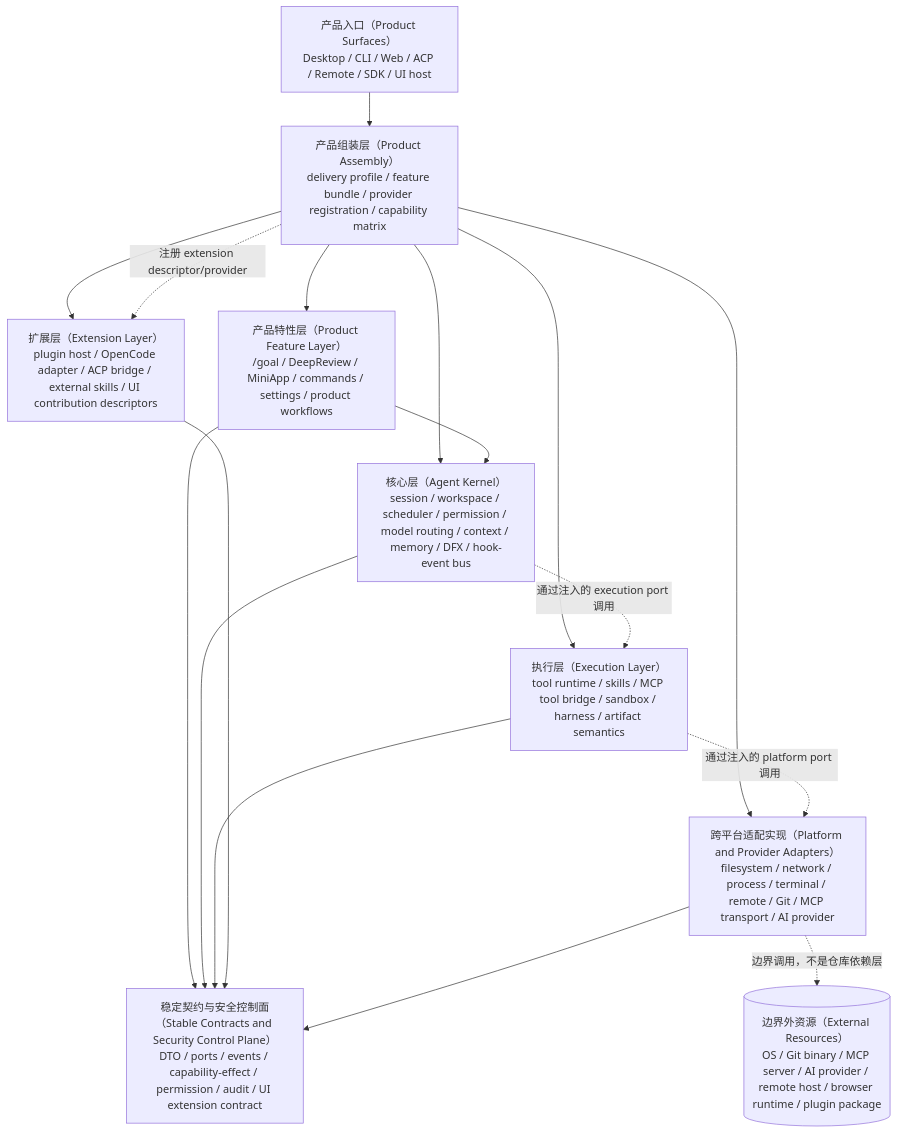
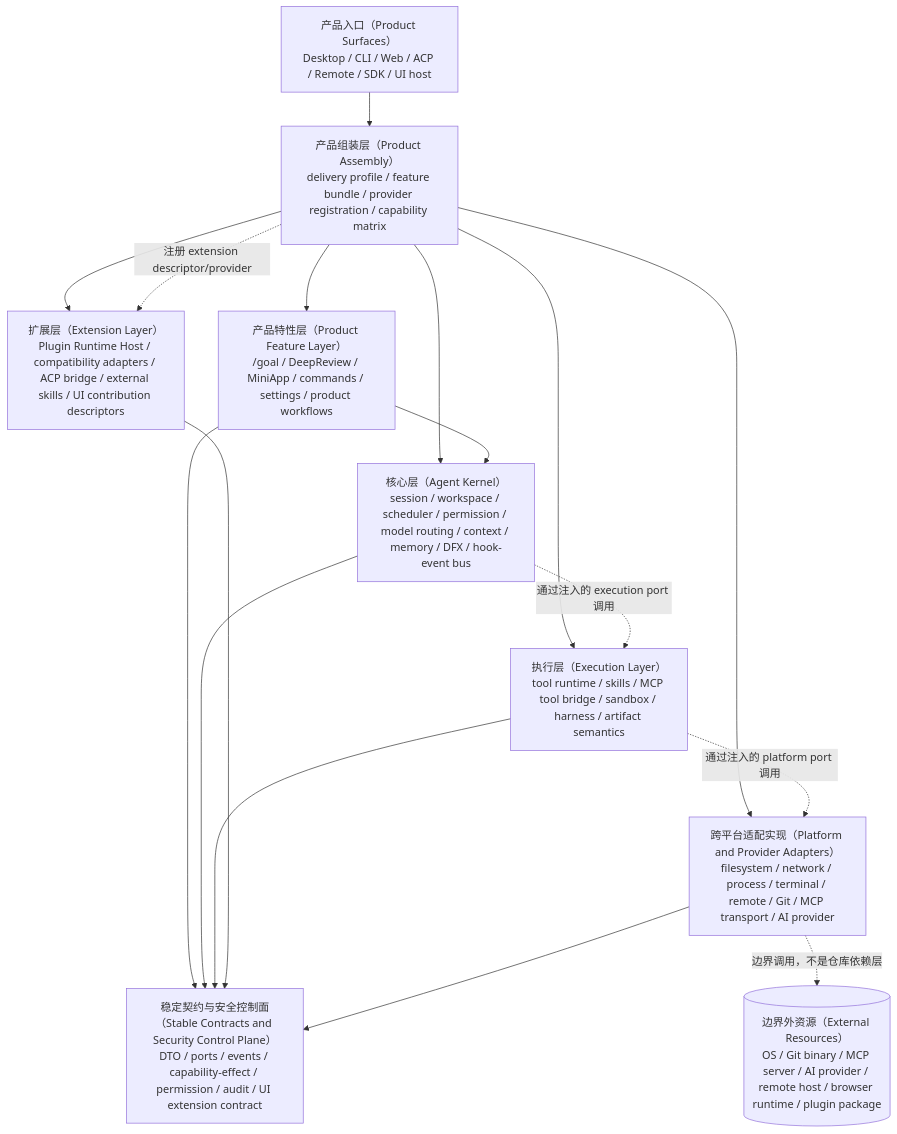
The second of 2 diagrams in docs/architecture/core-decomposition.md (1688mengdie/BitFun), drawn with Mermaid before and after one commit. The commit also changed other lines of this file and 12 other files, not shown here.

Commit message:
docs: align OpenCode extension architecture

````diff
--- a/docs/architecture/core-decomposition.md
+++ b/docs/architecture/core-decomposition.md
@@ -174,29 +191,29 @@
 ```mermaid
 flowchart TB
   Surface["产品入口（Product Surfaces）<br/>Desktop / CLI / Web / ACP / Remote / SDK / UI host"]
   Assembly["产品组装层（Product Assembly）<br/>delivery profile / feature bundle / provider registration / capability matrix"]
   Feature["产品特性层（Product Feature Layer）<br/>/goal / DeepReview / MiniApp / commands / settings / product workflows"]
   Kernel["核心层（Agent Kernel）<br/>session / workspace / scheduler / permission / model routing / context / memory / DFX / hook-event bus"]
   Execution["执行层（Execution Layer）<br/>tool runtime / skills / MCP tool bridge / sandbox / harness / artifact semantics"]
-  Extension["扩展层（Extension Layer）<br/>plugin host / OpenCode adapter / ACP bridge / external skills / UI contribution descriptors"]
+  Extension["扩展层（Extension Layer）<br/>Plugin Runtime Host / compatibility adapters / ACP bridge / external skills / UI contribution descriptors"]
   Platform["跨平台适配实现（Platform and Provider Adapters）<br/>filesystem / network / process / terminal / remote / Git / MCP transport / AI provider"]
   Contracts["稳定契约与安全控制面（Stable Contracts and Security Control Plane）<br/>DTO / ports / events / capability-effect / permission / audit / UI extension contract"]
   External[("边界外资源（External Resources）<br/>OS / Git binary / MCP server / AI provider / remote host / browser runtime / plugin package")]
 
   Surface --> Assembly
   Assembly --> Feature
   Assembly --> Kernel
   Assembly --> Execution
   Assembly --> Extension
   Assembly --> Platform
   Feature --> Kernel
   Feature --> Contracts
   Kernel --> Contracts
   Execution --> Contracts
   Extension --> Contracts
   Platform --> Contracts
   Kernel -. "通过注入的 execution port 调用" .-> Execution
   Execution -. "通过注入的 platform port 调用" .-> Platform
   Assembly -. "注册 extension descriptor/provider" .-> Extension
   Platform -. "边界调用，不是仓库依赖层" .-> External
 ```
````
